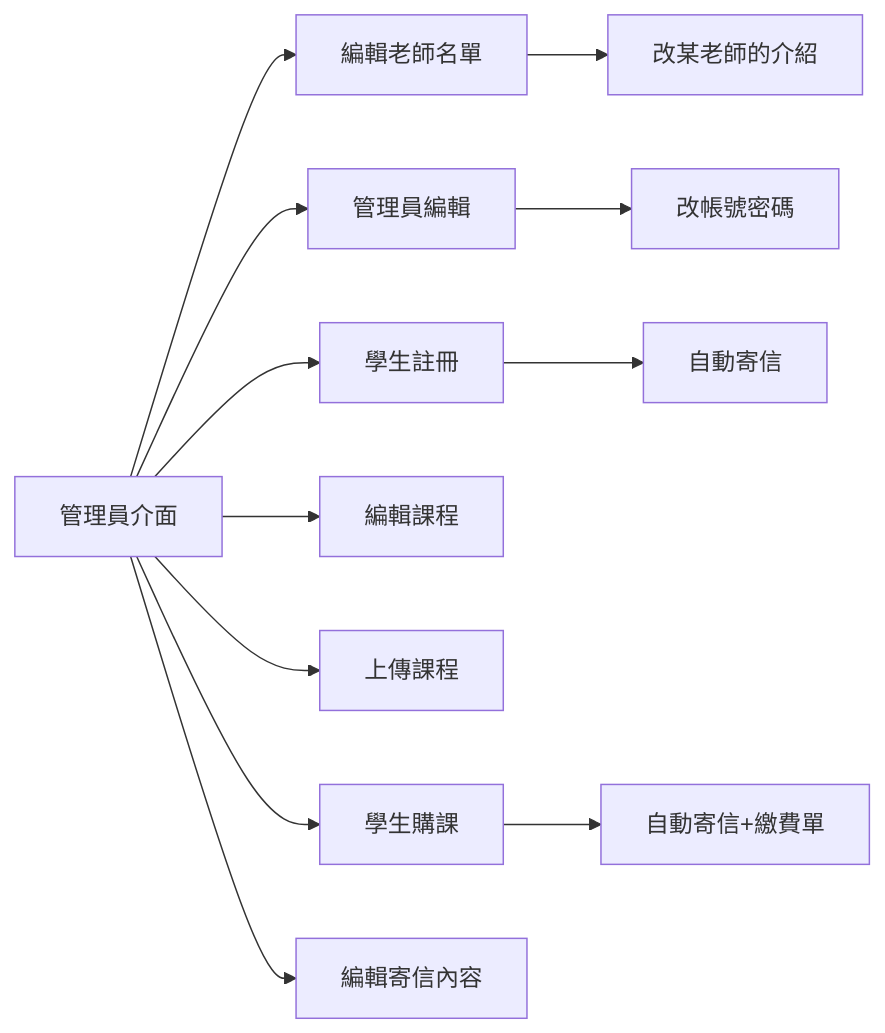
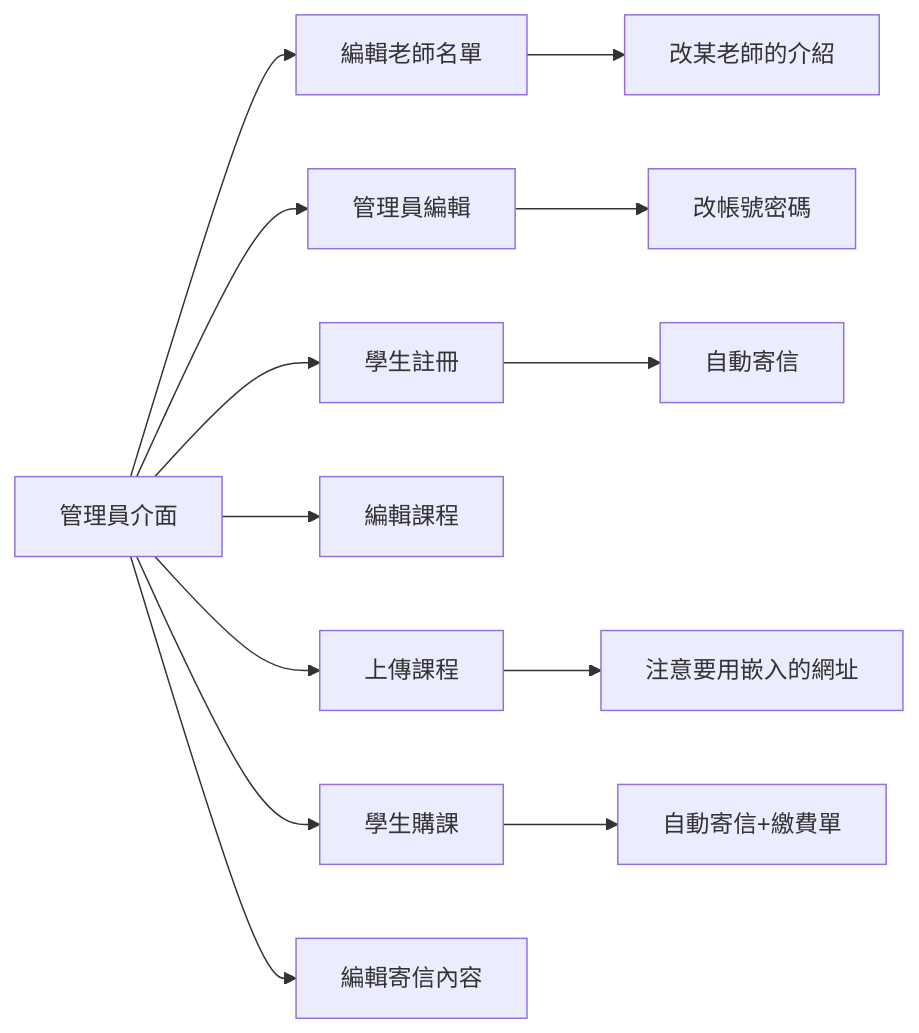
Before and after one commit to HE-SHU-WEI/xiaokuan: the third of 4 diagrams in README.md, drawn with Mermaid.

````diff
--- a/README.md
+++ b/README.md
@@ -25,12 +25,12 @@
 ```mermaid
 graph LR;
 M[管理員介面]
 M-->編輯老師名單-->改某老師的介紹
 M-->管理員編輯-->改帳號密碼
 M-->學生註冊-->自動寄信
 M-->編輯課程
-M-->上傳課程
+M-->上傳課程-->注意要用嵌入的網址
 M-->學生購課-->自動寄信+繳費單
 M-->編輯寄信內容
 
 ```
````
